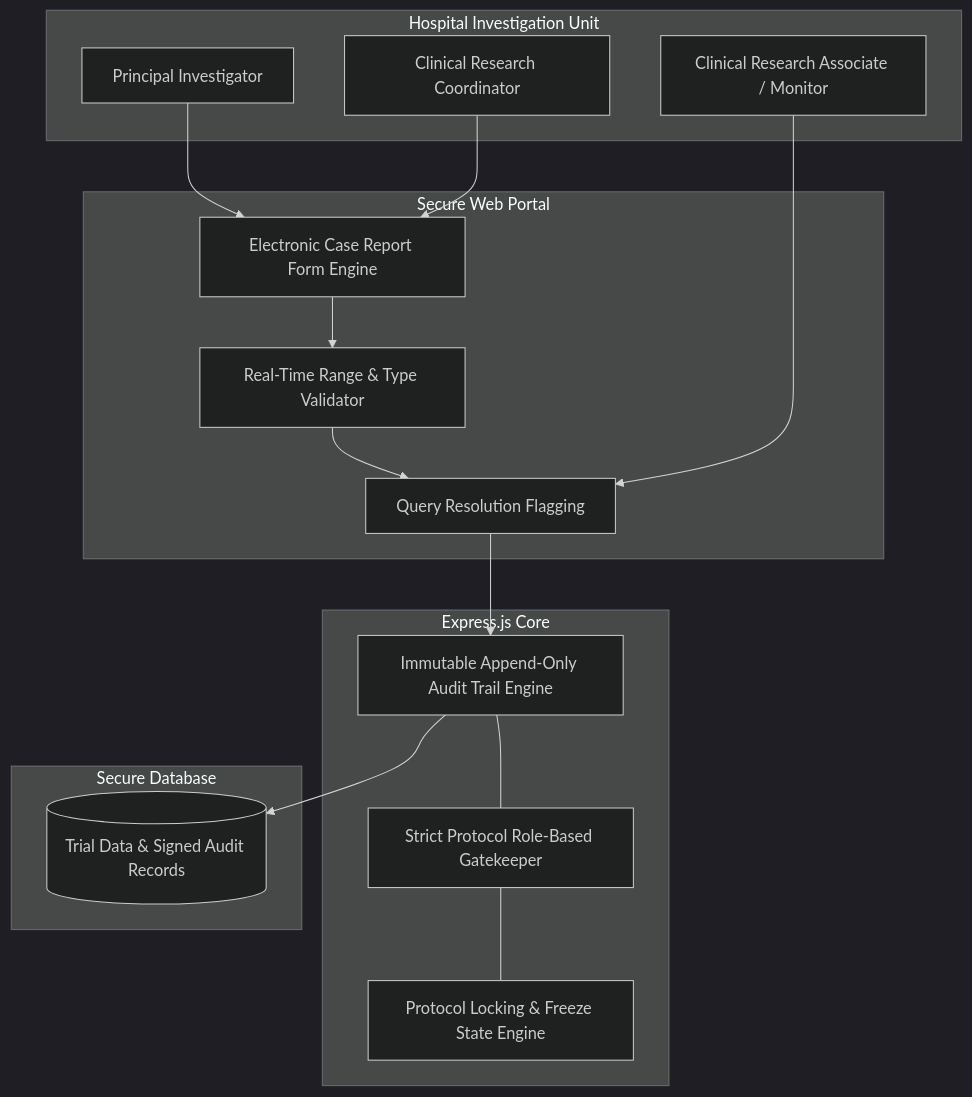
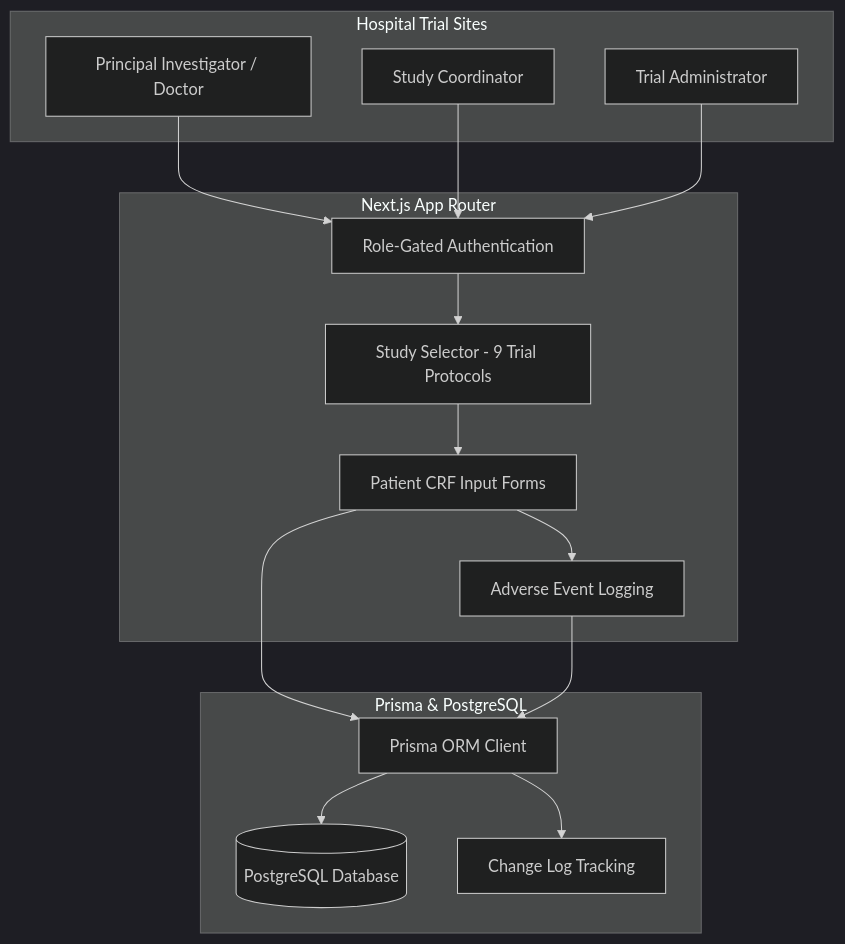
The diagram in README.md (MuhammadRayyan08/helix-crf-clinical-trials), drawn with Mermaid (dark theme) before and after one commit. The commit also changed other lines of this file, not shown here.

Commit message:
docs: clarify stack with Next.js/Prisma/PostgreSQL and remove fluff

````diff
--- a/README.md
+++ b/README.md
@@ -22,31 +23,30 @@
 ```mermaid
 flowchart TD
-    subgraph Clinical Trial Site [Hospital Investigation Unit]
-        PI[Principal Investigator]
-        CRC[Clinical Research Coordinator]
-        MONITOR[Clinical Research Associate / Monitor]
+    subgraph Clinical Users [Hospital Trial Sites]
+        PI[Principal Investigator / Doctor]
+        CRC[Study Coordinator]
+        ADMIN[Trial Administrator]
     end
 
-    subgraph Data Capture Tier [Secure Web Portal]
-        FORM[Electronic Case Report Form Engine]
-        VAL[Real-Time Range & Type Validator]
-        QUERY[Query Resolution Flagging]
-        FORM --> VAL --> QUERY
+    subgraph Portal Interface [Next.js App Router]
+        AUTH[Role-Gated Authentication]
+        STUDY[Study Selector - 9 Trial Protocols]
+        FORMS[Patient CRF Input Forms]
+        AE[Adverse Event Logging]
+        AUTH --> STUDY --> FORMS --> AE
     end
 
-    subgraph Audit & Security Tier [Express.js Core]
-        AUDIT[Immutable Append-Only Audit Trail Engine]
-        ROLES[Strict Protocol Role-Based Gatekeeper]
-        LOCK[Protocol Locking & Freeze State Engine]
-        AUDIT --- ROLES --- LOCK
+    subgraph Data & Schema Tier [Prisma & PostgreSQL]
+        PRISMA[Prisma ORM Client]
+        DB[(PostgreSQL Database)]
+        AUDIT[Change Log Tracking]
+        FORMS --> PRISMA
+        AE --> PRISMA
+        PRISMA --> DB
+        PRISMA --> AUDIT
     end
 
-    subgraph Storage [Secure Database]
-        DB[(Trial Data & Signed Audit Records)]
-        QUERY --> AUDIT --> DB
-    end
-
-    PI --> FORM
-    CRC --> FORM
-    MONITOR --> QUERY
+    PI --> AUTH
+    CRC --> AUTH
+    ADMIN --> AUTH
 ```
````
